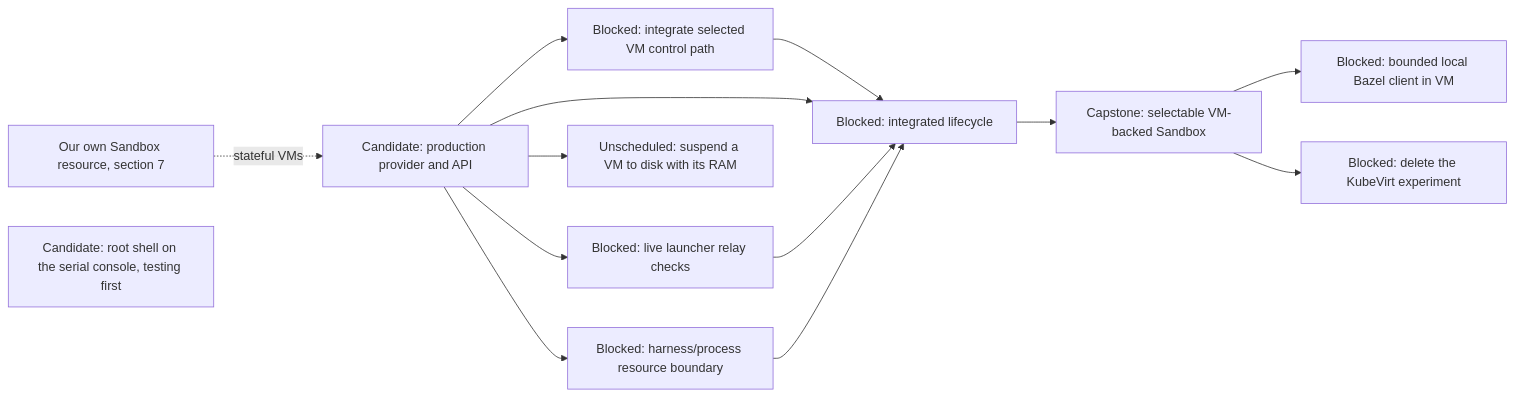
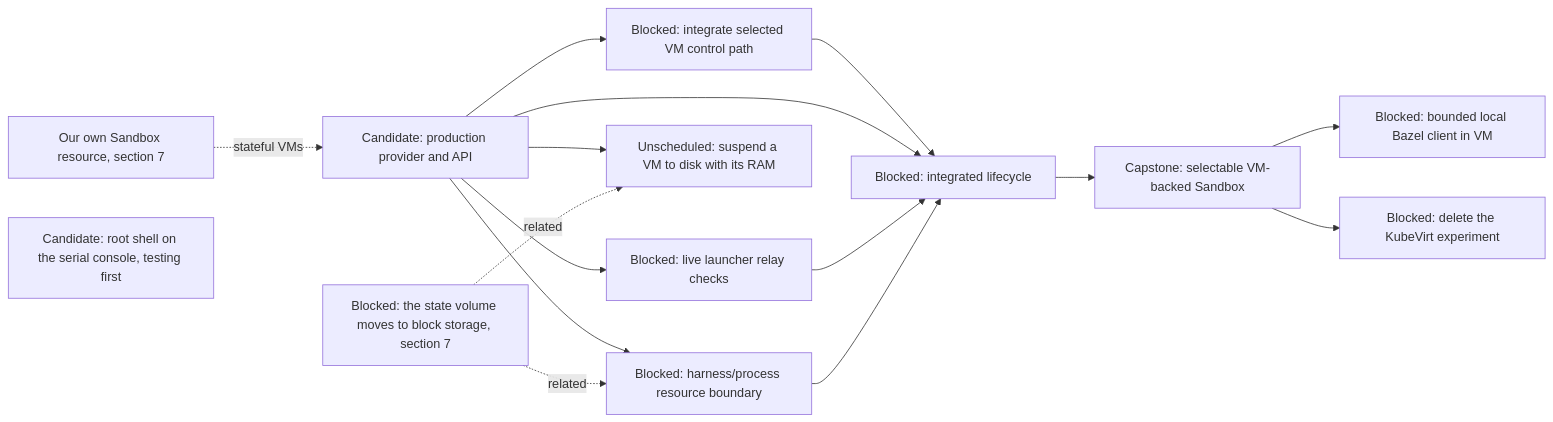
The sixth of 15 diagrams in agentplane/plans/task_dag.md (agentydragon-agent/ducktape), drawn with Mermaid before and after one commit. The commit also changed other lines of this file, not shown here.

````diff
--- a/agentplane/plans/task_dag.md
+++ b/agentplane/plans/task_dag.md
@@ -336,23 +352,25 @@
 ```mermaid
 flowchart LR
     VM_CONTROL_NETWORKING[Blocked: integrate selected VM control path]
     VM_PROVIDER[Candidate: production provider and API]
     AGENTPLANE_SANDBOX_RESOURCE[Our own Sandbox resource, section 7]
     VM_EGRESS[Blocked: live launcher relay checks]
     VM_CONSOLE_AUTOLOGIN[Candidate: root shell on the serial console, testing first]
     VM_RAM_SUSPEND[Unscheduled: suspend a VM to disk with its RAM]
     VM_PROCESS_ISOLATION[Blocked: harness/process resource boundary]
     VM_LIFECYCLE[Blocked: integrated lifecycle]
     VM_PROVIDER --> VM_CONTROL_NETWORKING
     AGENTPLANE_SANDBOX_RESOURCE -. stateful VMs .-> VM_PROVIDER
     VM_CONTROL_NETWORKING --> VM_LIFECYCLE
     VM_PROVIDER --> VM_PROCESS_ISOLATION
     VM_PROVIDER --> VM_LIFECYCLE
     VM_PROVIDER --> VM_EGRESS
     VM_PROVIDER --> VM_RAM_SUSPEND
+    STATE_VOLUME_BLOCK[Blocked: the state volume moves to block storage, section 7] -. related .-> VM_PROCESS_ISOLATION
+    STATE_VOLUME_BLOCK -. related .-> VM_RAM_SUSPEND
     VM_EGRESS --> VM_LIFECYCLE
     VM_PROCESS_ISOLATION --> VM_LIFECYCLE
     VM_LIFECYCLE --> SANDBOX_VM_ISOLATION[Capstone: selectable VM-backed Sandbox]
     SANDBOX_VM_ISOLATION --> LOCAL_BAZEL[Blocked: bounded local Bazel client in VM]
     SANDBOX_VM_ISOLATION --> KUBEVIRT_EXPERIMENT_RETIRE[Blocked: delete the KubeVirt experiment]
 ```
````
